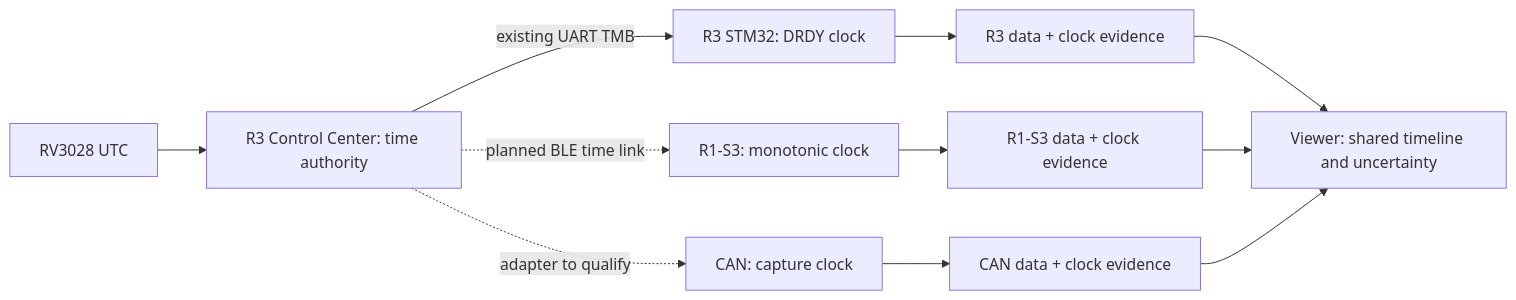
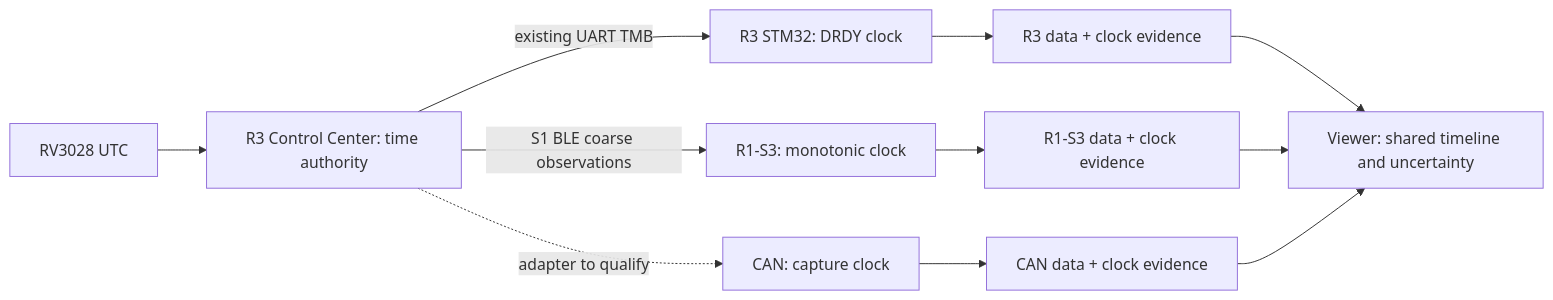
Before and after one commit to druzvv-hash/r1-s3-logger: the diagram in docs/ECOSYSTEM_TIME_SYNC.md, drawn with Mermaid. The commit also changed other lines of this file and 24 other files, not shown here.

Commit message:
Connect R1-S3 to R3 BLE time beacons with panel controls

````diff
--- a/docs/ECOSYSTEM_TIME_SYNC.md
+++ b/docs/ECOSYSTEM_TIME_SYNC.md
@@ -29,13 +31,13 @@
 ```mermaid
 flowchart LR
   RTC[RV3028 UTC] --> CC[R3 Control Center: time authority]
   CC -->|existing UART TMB| ADS[R3 STM32: DRDY clock]
-  CC -.->|planned BLE time link| R1[R1-S3: monotonic clock]
+  CC -->|S1 BLE coarse observations| R1[R1-S3: monotonic clock]
   CC -.->|adapter to qualify| CAN[CAN: capture clock]
   ADS --> RF[R3 data + clock evidence]
   R1 --> LF[R1-S3 data + clock evidence]
   CAN --> CF[CAN data + clock evidence]
   RF --> VIEW[Viewer: shared timeline and uncertainty]
   LF --> VIEW
   CF --> VIEW
 ```
````
